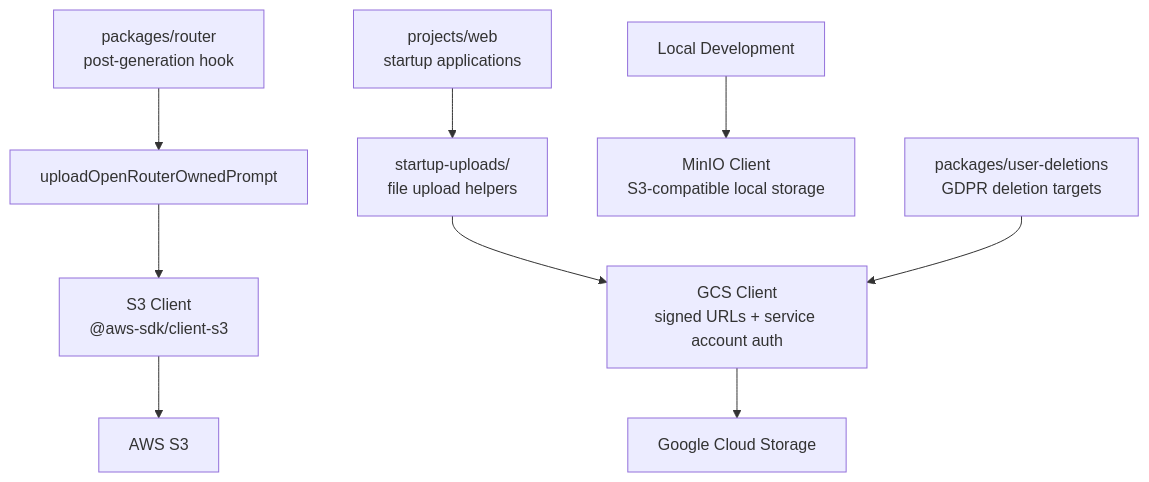
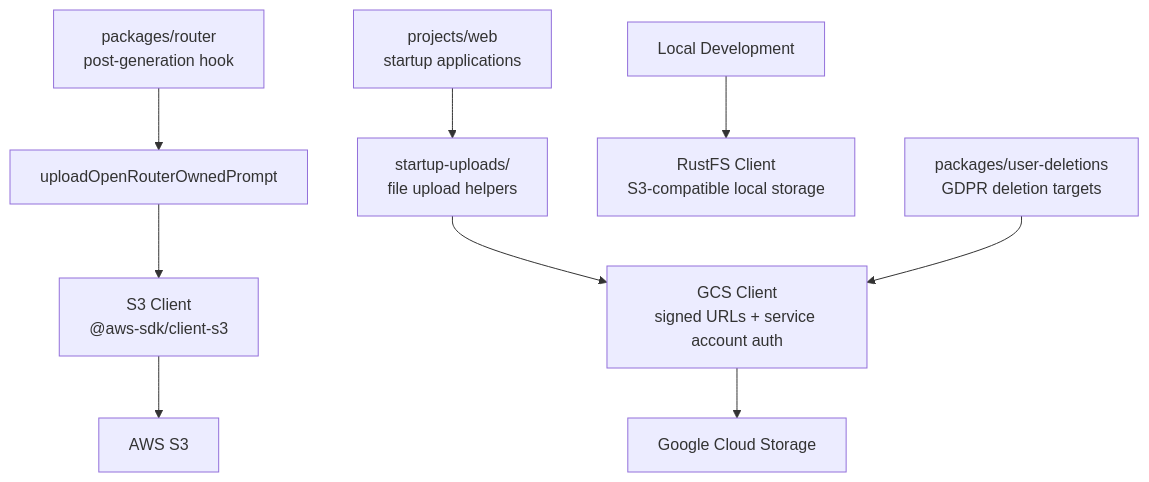
The diagram in packages/prompt-storage/README.md (OpenRouterTeam/docs), drawn with Mermaid before and after one commit. The commit also changed other lines of this file and 15 other files, not shown here.

````diff
--- a/packages/prompt-storage/README.md
+++ b/packages/prompt-storage/README.md
@@ -7,11 +7,11 @@
 ```mermaid
 graph TD
     Router["packages/router\npost-generation hook"] --> Upload["uploadOpenRouterOwnedPrompt"]
     Upload --> S3["S3 Client\n@aws-sdk/client-s3"]
     Web["projects/web\nstartup applications"] --> StartupUploads["startup-uploads/\nfile upload helpers"]
     StartupUploads --> GCS["GCS Client\nsigned URLs + service account auth"]
     GCS --> GCPBucket["Google Cloud Storage"]
     S3 --> S3Bucket["AWS S3"]
-    Dev["Local Development"] --> MinIO["MinIO Client\nS3-compatible local storage"]
+    Dev["Local Development"] --> LocalS3["RustFS Client\nS3-compatible local storage"]
     DSR["packages/user-deletions\nGDPR deletion targets"] --> GCS
 ```
````
